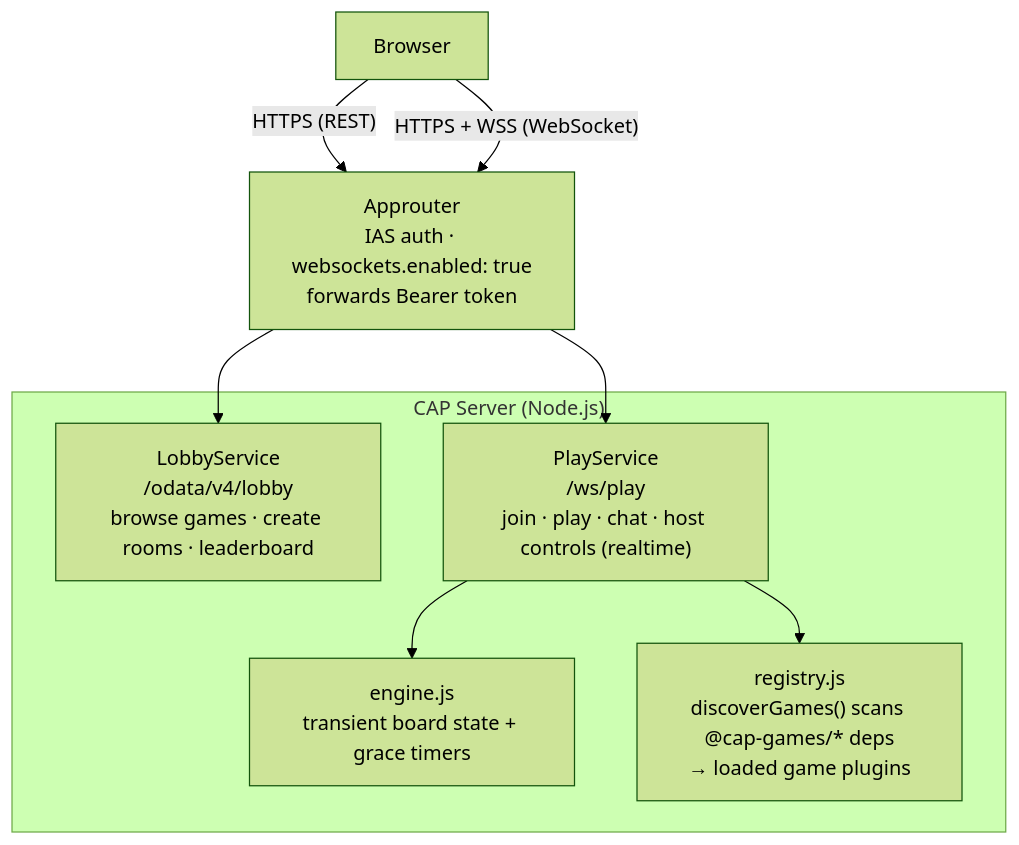
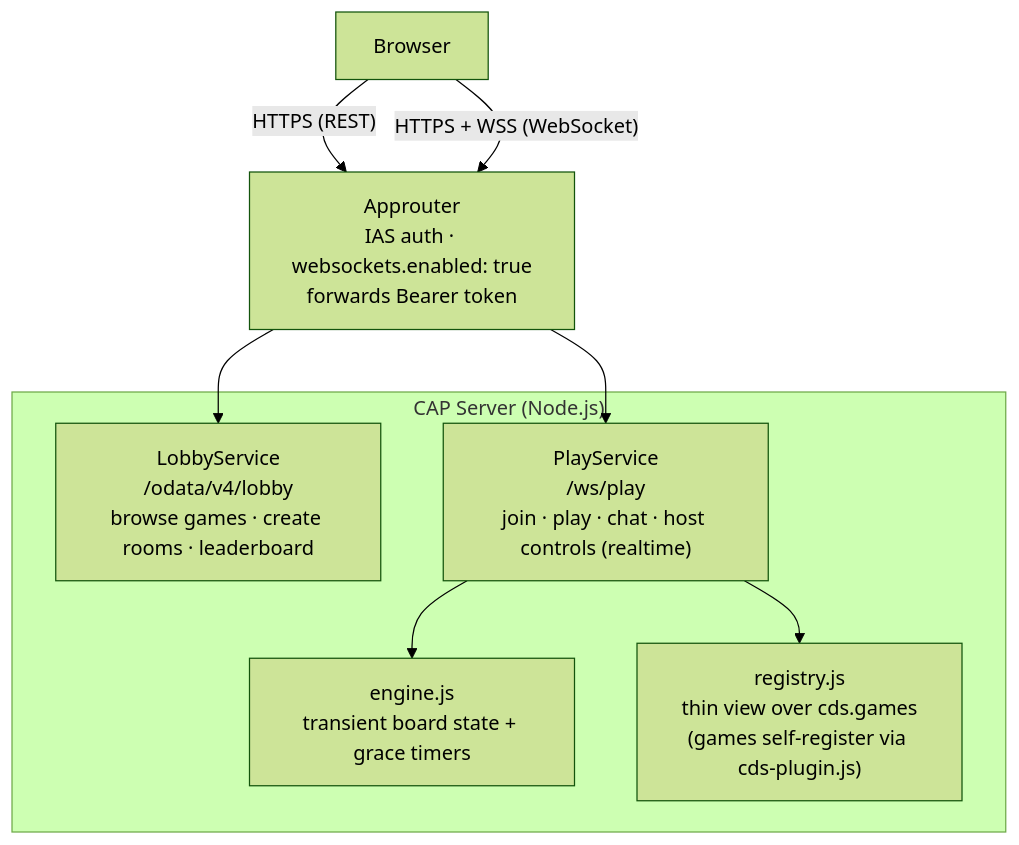
One commit to TruLov/cap-games changed the diagram in AGENTS.md. Above: the diagram before and after it, drawn with Mermaid (forest theme). The commit also changed other lines of this file and 4 other files, not shown here.

First line of the commit message:
docs: align README/AGENTS with cds-plugin.js self-registration

````diff
--- a/AGENTS.md
+++ b/AGENTS.md
@@ -11,19 +11,19 @@
 ```mermaid
 flowchart TB
     Browser["Browser"]
     Approuter["Approuter<br/>IAS auth · websockets.enabled: true<br/>forwards Bearer token"]
 
     subgraph CAP["CAP Server (Node.js)"]
         Lobby["LobbyService<br/>/odata/v4/lobby<br/>browse games · create rooms · leaderboard"]
         Play["PlayService<br/>/ws/play<br/>join · play · chat · host controls (realtime)"]
         Engine["engine.js<br/>transient board state + grace timers"]
-        Registry["registry.js<br/>discoverGames() scans @cap-games/* deps<br/>→ loaded game plugins"]
+        Registry["registry.js<br/>thin view over cds.games<br/>(games self-register via cds-plugin.js)"]
     end
 
     Browser -- "HTTPS (REST)" --> Approuter
     Browser -- "HTTPS + WSS (WebSocket)" --> Approuter
     Approuter --> Lobby
     Approuter --> Play
     Play --> Engine
     Play --> Registry
 ```
````
